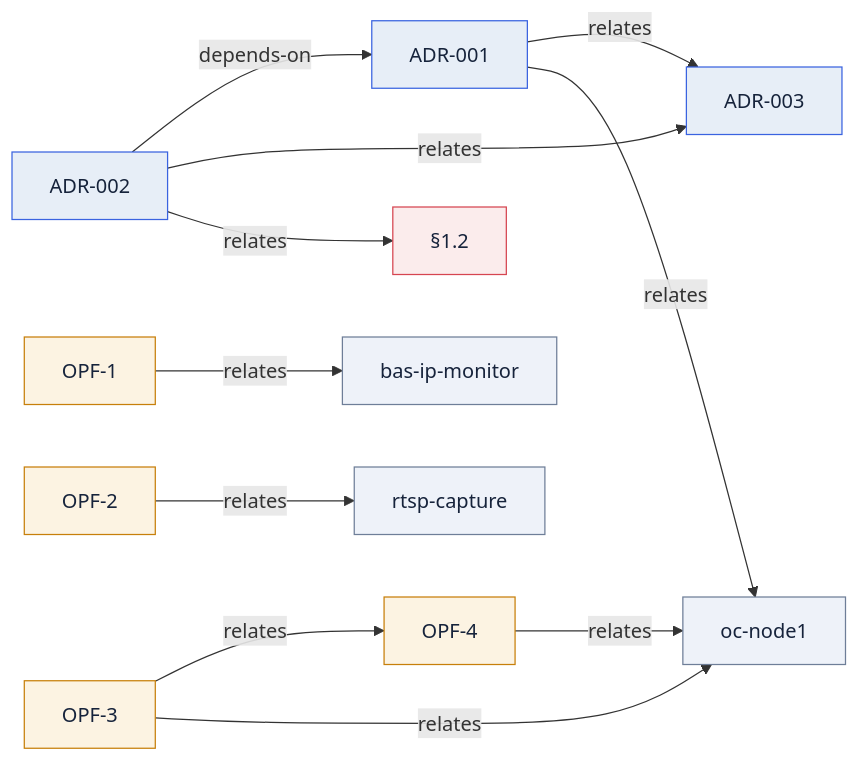
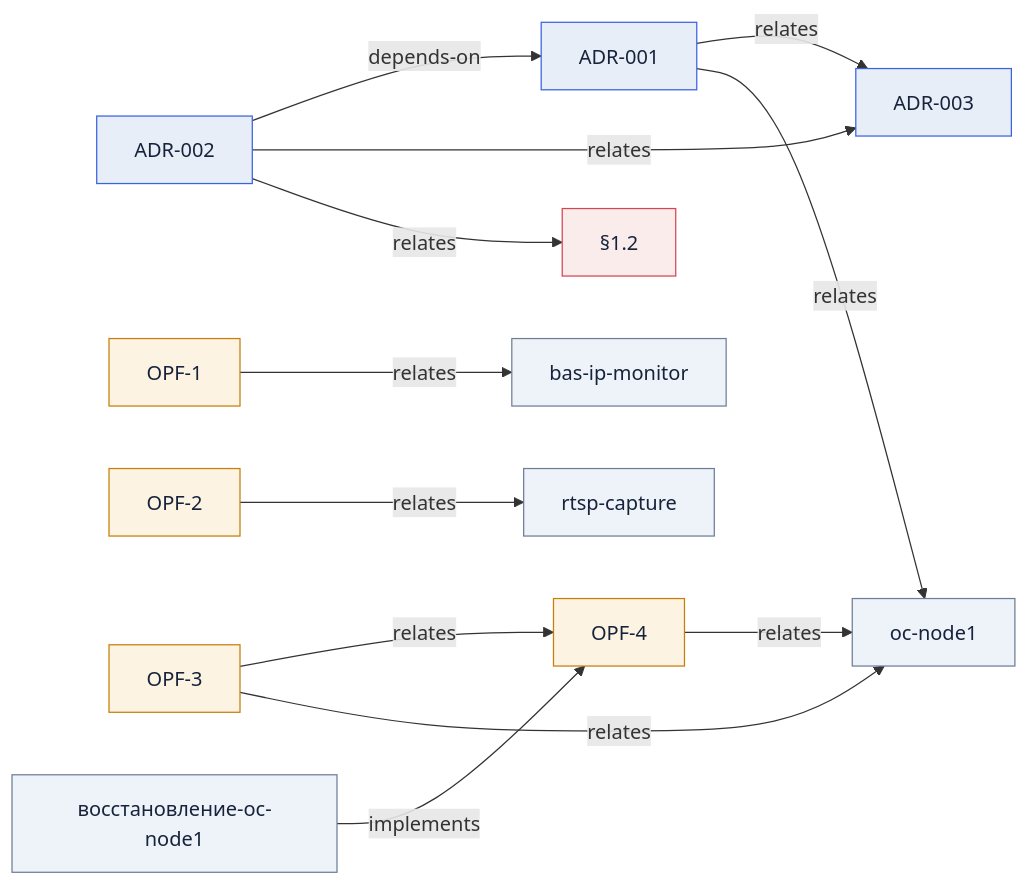
One commit to ikrajushkin/OpenClawAgentFarm changed the diagram in docs/Граф-знаний.md. Above: the diagram before and after it, drawn with Mermaid. The commit also changed other lines of this file and 26 other files, not shown here.

````diff
--- a/docs/Граф-знаний.md
+++ b/docs/Граф-знаний.md
@@ -6,30 +6,32 @@
 ```mermaid
 graph LR
   n0["ADR-001"]:::adr
   n1["ADR-003"]:::adr
   n2["oc-node1"]:::concept
   n3["ADR-002"]:::adr
   n4["§1.2"]:::incident
   n5["OPF-1"]:::debt
   n6["bas-ip-monitor"]:::concept
   n7["OPF-2"]:::debt
   n8["rtsp-capture"]:::concept
   n9["OPF-3"]:::debt
   n10["OPF-4"]:::debt
+  n11["восстановление-oc-node1"]:::concept
   n0 -->|relates| n1
   n0 -->|relates| n2
   n3 -->|depends-on| n0
   n3 -->|relates| n1
   n3 -->|relates| n4
   n5 -->|relates| n6
   n7 -->|relates| n8
   n9 -->|relates| n10
   n9 -->|relates| n2
   n10 -->|relates| n2
+  n11 -->|implements| n10
   classDef adr fill:#E7EEF7,stroke:#3A63E0,color:#16233B;
   classDef incident fill:#FBECEC,stroke:#D64550,color:#16233B;
   classDef debt fill:#FCF3E2,stroke:#C77F0A,color:#16233B;
   classDef sprint fill:#E4F5EC,stroke:#078A5A,color:#16233B;
   classDef req fill:#EDE7F7,stroke:#6A4FCF,color:#16233B;
   classDef concept fill:#EEF2F9,stroke:#6E7E98,color:#16233B;
 ```
````
